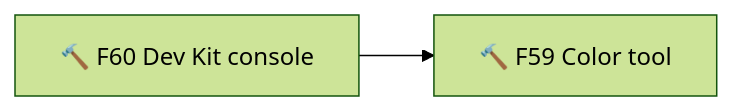
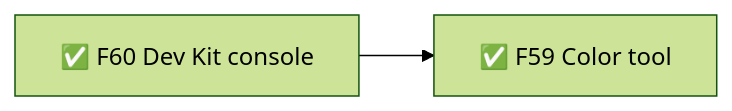
The third of 3 diagrams in .planning/ROADMAP.md (TheBlueMuzzy/roll-better), drawn with Mermaid (forest theme) before and after one commit. The commit also changed other lines of this file and 1 other file, not shown here.

Commit message:
Sprint 04 done: Dev Kit console + Color tool approved

````diff
--- a/.planning/ROADMAP.md
+++ b/.planning/ROADMAP.md
@@ -76,4 +76,4 @@
 ```mermaid
 flowchart LR
-  F60[🔨 F60 Dev Kit console] --> F59[🔨 F59 Color tool]
+  F60[✅ F60 Dev Kit console] --> F59[✅ F59 Color tool]
 ```
````
